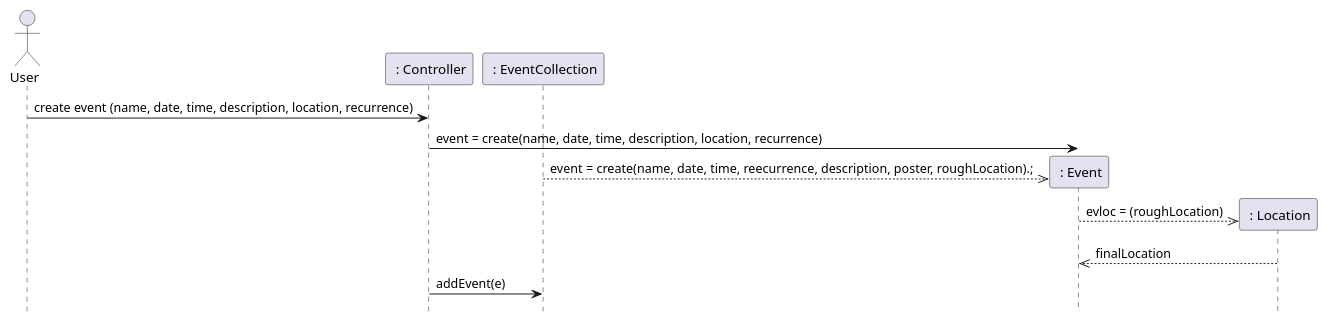
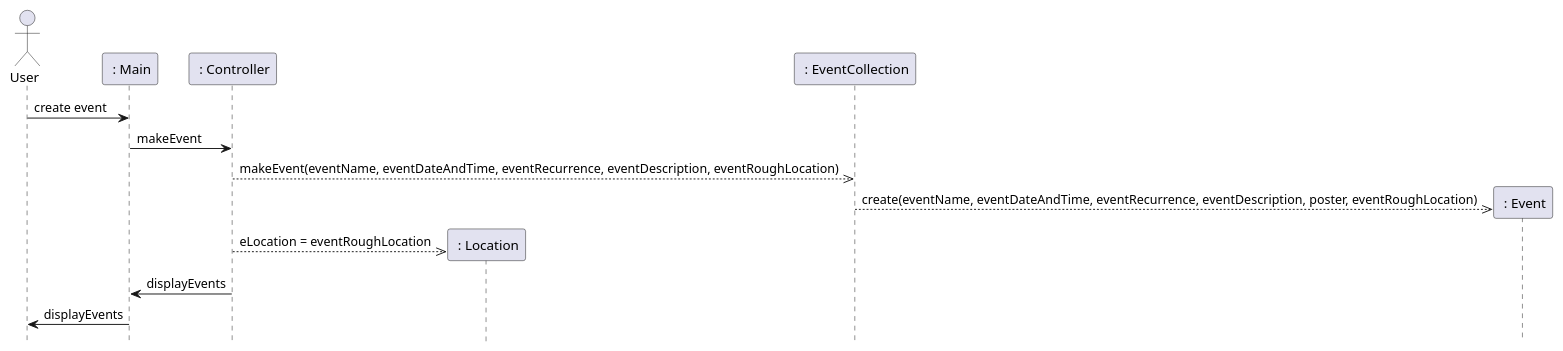
Before and after one commit to seamusgould/WhatsUpApp: the second of 4 diagrams in doc/design.md, drawn with PlantUML. The commit also changed other lines of this file and 28 other files, not shown here.

````diff
--- a/doc/design.md
+++ b/doc/design.md
@@ -56,21 +55,24 @@
 ```plantuml
 
 @startuml
 hide footbox
 actor User as user
+participant " : Main" as main
 participant " : Controller" as cont
+participant " : Location" as evloc
 participant " : EventCollection" as coll
 participant " : Event" as event
-participant " : Location" as evloc
 
-user -> cont: create event (name, date, time, description, location, recurrence)
-cont -> event: event = create(name, date, time, description, location, recurrence)
-coll -->> event **: event = create(name, date, time, reecurrence, description, poster, roughLocation).;
-event -->> evloc **: evloc = (roughLocation)
 
-evloc -->> event: finalLocation
+user -> main: create event
+main -> cont: makeEvent
+cont -->> coll: makeEvent(eventName, eventDateAndTime, eventRecurrence, eventDescription, eventRoughLocation)
+coll -->> event **: create(eventName, eventDateAndTime, eventRecurrence, eventDescription, poster, eventRoughLocation)
+cont -->> evloc **: eLocation = eventRoughLocation
 
-cont -> coll: addEvent(e)
+cont -> main: displayEvents
+
+main -> user: displayEvents
 
 @enduml
 ```
````
